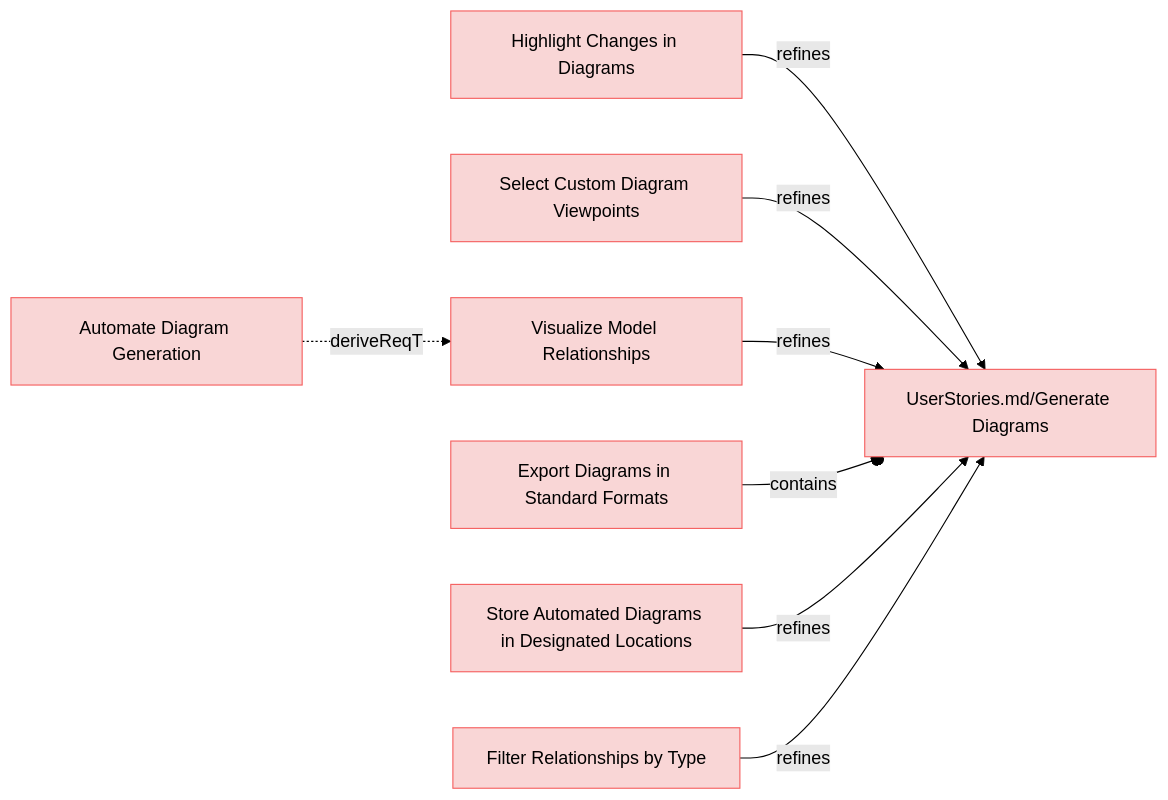
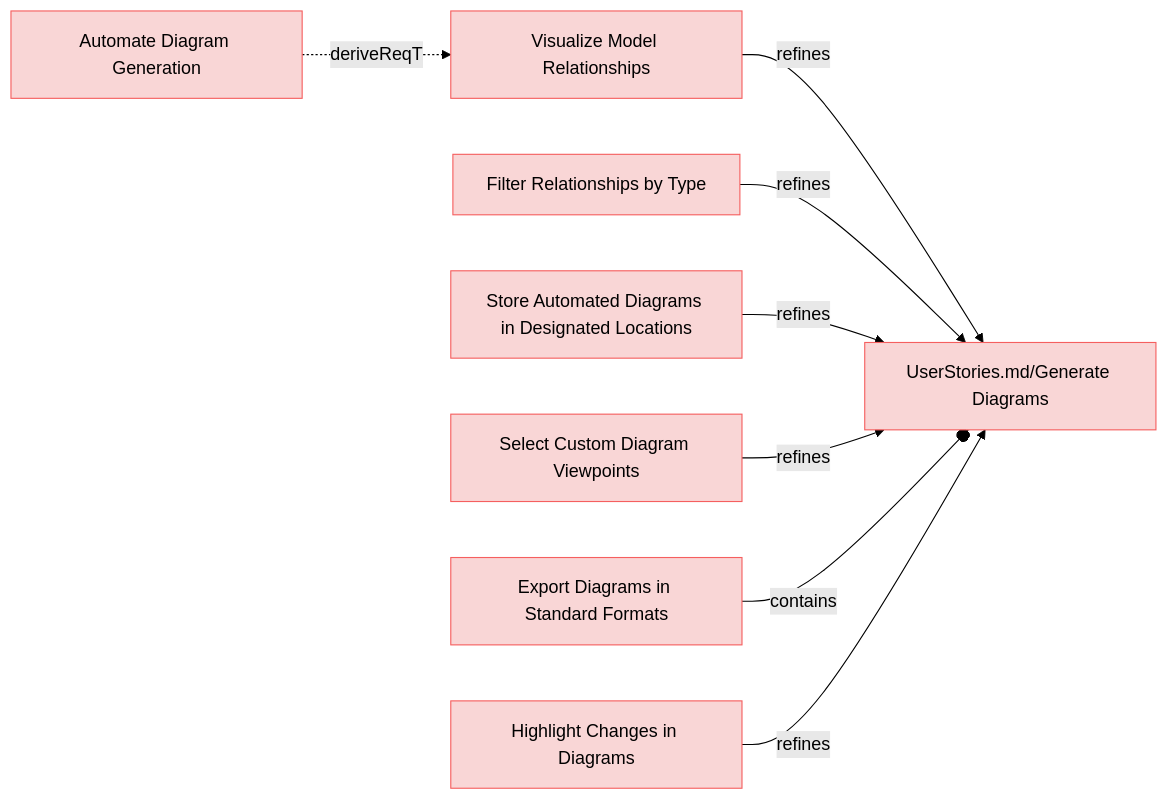
Before and after one commit to reqvire-org/reqvire: the first of 9 diagrams in specifications/UserRequirements.md, drawn with Mermaid (forest theme). The commit also changed other lines of this file and 17 other files, not shown here.

First line of the commit message:
Enhance diagram links with stable git repository URLs

````diff
--- a/specifications/UserRequirements.md
+++ b/specifications/UserRequirements.md
@@ -4,40 +4,40 @@
 ```mermaid
 graph LR;
   %% Graph styling
   classDef requirement fill:#f9d6d6,stroke:#f55f5f,stroke-width:1px;
   classDef verification fill:#d6f9d6,stroke:#5fd75f,stroke-width:1px;
   classDef externalLink fill:#d0e0ff,stroke:#3080ff,stroke-width:1px;
   classDef default fill:#f5f5f5,stroke:#333333,stroke-width:1px;
 
-  fd7388e379372d7b["Highlight Changes in Diagrams"];
-  click fd7388e379372d7b "UserRequirements.md#highlight-changes-in-diagrams";
-  class fd7388e379372d7b requirement;
+  81f9235dedaea6a9["Automate Diagram Generation"];
+  click 81f9235dedaea6a9 "https://github.com/ilijaljubicic/ReqFlow/blob/a94231473c9a4a56fe21608ebd13787e0cc3f2dc/specifications/UserRequirements.md#automate-diagram-generation";
+  class 81f9235dedaea6a9 requirement;
+  a6a836283607bf45["Visualize Model Relationships"];
+  class a6a836283607bf45 requirement;
+  click a6a836283607bf45 "https://github.com/ilijaljubicic/ReqFlow/blob/a94231473c9a4a56fe21608ebd13787e0cc3f2dc/specifications/UserRequirements.md#visualize-model-relationships";
+  81f9235dedaea6a9 -.->|deriveReqT| a6a836283607bf45;
   cf0026c2feeb1e0f["UserStories.md/Generate Diagrams"];
   class cf0026c2feeb1e0f requirement;
-  click cf0026c2feeb1e0f "UserStories.md#generate-diagrams";
-  fd7388e379372d7b -->|refines| cf0026c2feeb1e0f;
+  click cf0026c2feeb1e0f "https://github.com/ilijaljubicic/ReqFlow/blob/a94231473c9a4a56fe21608ebd13787e0cc3f2dc/specifications/UserStories.md#generate-diagrams";
+  a6a836283607bf45 -->|refines| cf0026c2feeb1e0f;
+  30d97803eba68a13["Filter Relationships by Type"];
+  click 30d97803eba68a13 "https://github.com/ilijaljubicic/ReqFlow/blob/a94231473c9a4a56fe21608ebd13787e0cc3f2dc/specifications/UserRequirements.md#filter-relationships-by-type";
+  class 30d97803eba68a13 requirement;
+  30d97803eba68a13 -->|refines| cf0026c2feeb1e0f;
+  aee397f35b867556["Store Automated Diagrams in Designated Locations"];
+  click aee397f35b867556 "https://github.com/ilijaljubicic/ReqFlow/blob/a94231473c9a4a56fe21608ebd13787e0cc3f2dc/specifications/UserRequirements.md#store-automated-diagrams-in-designated-locations";
+  class aee397f35b867556 requirement;
+  aee397f35b867556 -->|refines| cf0026c2feeb1e0f;
   30053341d874971a["Select Custom Diagram Viewpoints"];
-  click 30053341d874971a "UserRequirements.md#select-custom-diagram-viewpoints";
+  click 30053341d874971a "https://github.com/ilijaljubicic/ReqFlow/blob/a94231473c9a4a56fe21608ebd13787e0cc3f2dc/specifications/UserRequirements.md#select-custom-diagram-viewpoints";
   class 30053341d874971a requirement;
   30053341d874971a -->|refines| cf0026c2feeb1e0f;
-  a6a836283607bf45["Visualize Model Relationships"];
-  click a6a836283607bf45 "UserRequirements.md#visualize-model-relationships";
-  class a6a836283607bf45 requirement;
-  a6a836283607bf45 -->|refines| cf0026c2feeb1e0f;
   10c00a1bd12fefa5["Export Diagrams in Standard Formats"];
-  click 10c00a1bd12fefa5 "UserRequirements.md#export-diagrams-in-standard-formats";
+  click 10c00a1bd12fefa5 "https://github.com/ilijaljubicic/ReqFlow/blob/a94231473c9a4a56fe21608ebd13787e0cc3f2dc/specifications/UserRequirements.md#export-diagrams-in-standard-formats";
   class 10c00a1bd12fefa5 requirement;
   10c00a1bd12fefa5 --o|contains| cf0026c2feeb1e0f;
-  aee397f35b867556["Store Automated Diagrams in Designated Locations"];
-  click aee397f35b867556 "UserRequirements.md#store-automated-diagrams-in-designated-locations";
-  class aee397f35b867556 requirement;
-  aee397f35b867556 -->|refines| cf0026c2feeb1e0f;
-  30d97803eba68a13["Filter Relationships by Type"];
-  click 30d97803eba68a13 "UserRequirements.md#filter-relationships-by-type";
-  class 30d97803eba68a13 requirement;
-  30d97803eba68a13 -->|refines| cf0026c2feeb1e0f;
-  81f9235dedaea6a9["Automate Diagram Generation"];
-  click 81f9235dedaea6a9 "UserRequirements.md#automate-diagram-generation";
-  class 81f9235dedaea6a9 requirement;
-  81f9235dedaea6a9 -.->|deriveReqT| a6a836283607bf45;
+  fd7388e379372d7b["Highlight Changes in Diagrams"];
+  click fd7388e379372d7b "https://github.com/ilijaljubicic/ReqFlow/blob/a94231473c9a4a56fe21608ebd13787e0cc3f2dc/specifications/UserRequirements.md#highlight-changes-in-diagrams";
+  class fd7388e379372d7b requirement;
+  fd7388e379372d7b -->|refines| cf0026c2feeb1e0f;
 ```
````
